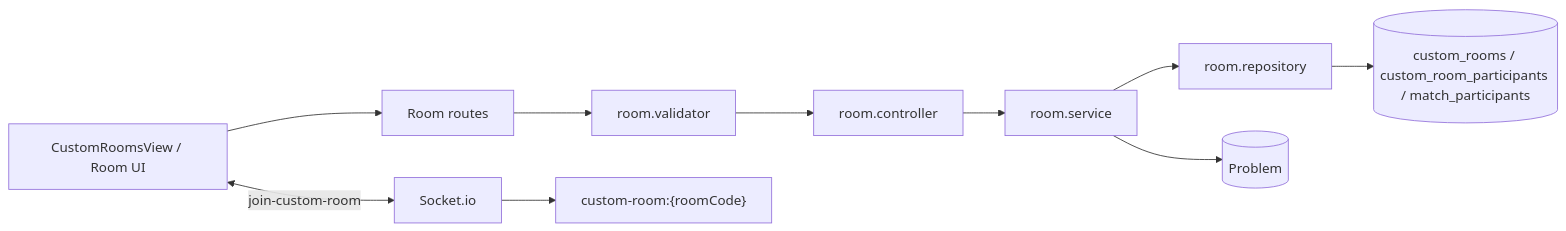
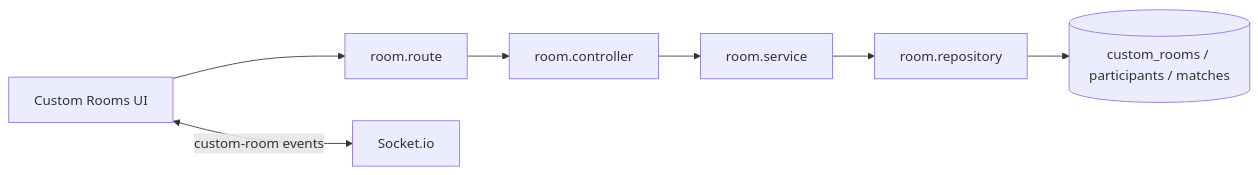
The fifth of 8 diagrams in docs/feature-flows.md (JamesHarrision/fessior-oj-backend), drawn with Mermaid before and after one commit. The commit also changed other lines of this file and 15 other files, not shown here.

Commit message:
docs: document simplified mysql architecture

````diff
--- a/docs/feature-flows.md
+++ b/docs/feature-flows.md
@@ -163,12 +108,9 @@
 ```mermaid
 flowchart LR
-  FE[CustomRoomsView / Room UI] --> API[Room routes]
-  API --> Validator[room.validator]
-  Validator --> Controller[room.controller]
+  FE[Custom Rooms UI] --> API[room.route]
+  API --> Controller[room.controller]
   Controller --> Service[room.service]
   Service --> Repo[room.repository]
-  Repo --> MySQL[(custom_rooms / custom_room_participants / match_participants)]
-  Service --> Mongo[(Problem)]
-  FE <-->|join-custom-room| Socket[Socket.io]
-  Socket --> Room["custom-room:{roomCode}"]
+  Repo --> MySQL[(custom_rooms / participants / matches)]
+  FE <-->|custom-room events| Socket[Socket.io]
 ```
````
